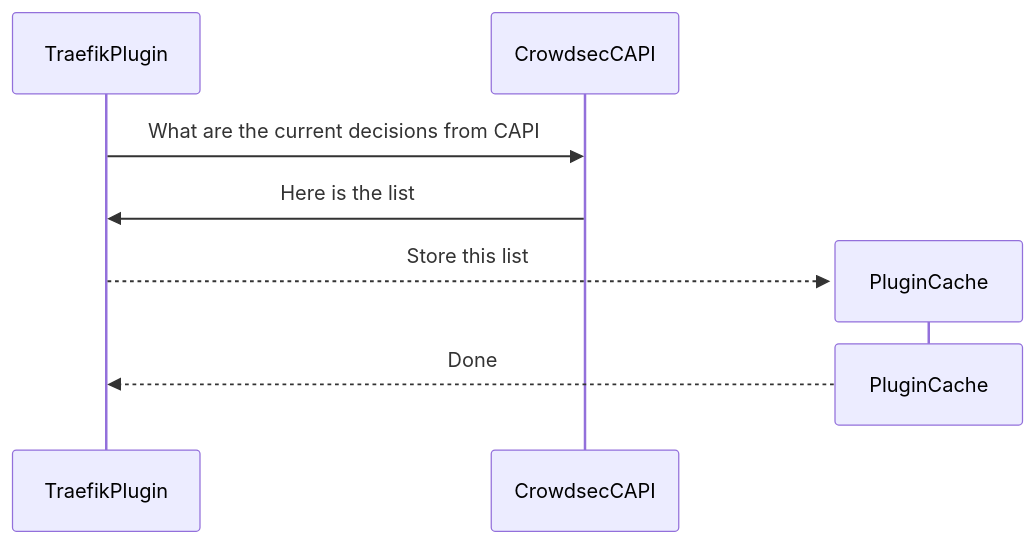
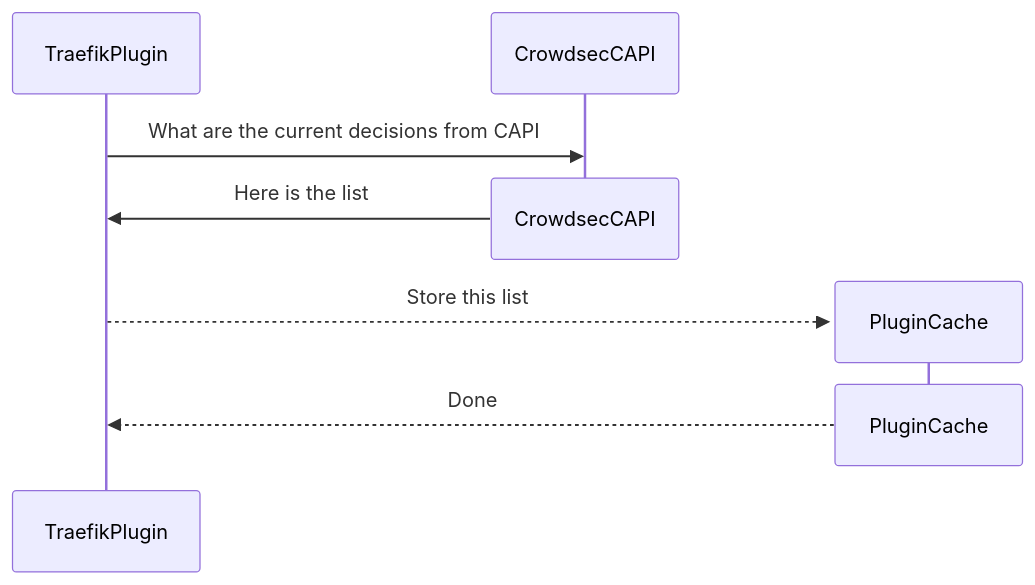
Before and after one commit to maxlerebourg/crowdsec-bouncer-traefik-plugin: the eighth of 13 diagrams in README.md, drawn with Mermaid. The commit also changed other lines of this file, not shown here.

Commit message:
📝 Fix chart rendering

````diff
--- a/README.md
+++ b/README.md
@@ -190,11 +191,12 @@
 ```mermaid
 sequenceDiagram
     participant TraefikPlugin
     participant CrowdsecCAPI
     TraefikPlugin->>CrowdsecCAPI: What are the current decisions from CAPI
+    Destroy CrowdsecCAPI
     CrowdsecCAPI->>TraefikPlugin: Here is the list
     create participant PluginCache
     TraefikPlugin-->>PluginCache: Store this list
     Destroy PluginCache
     PluginCache-->>TraefikPlugin: Done
 ```
````
